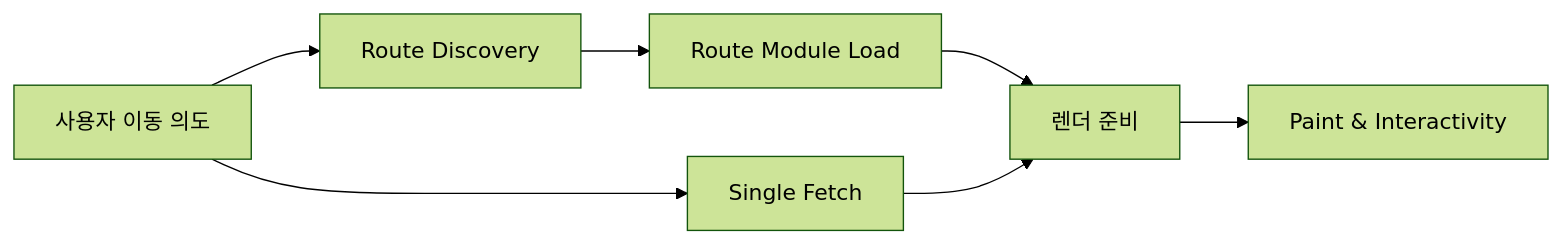
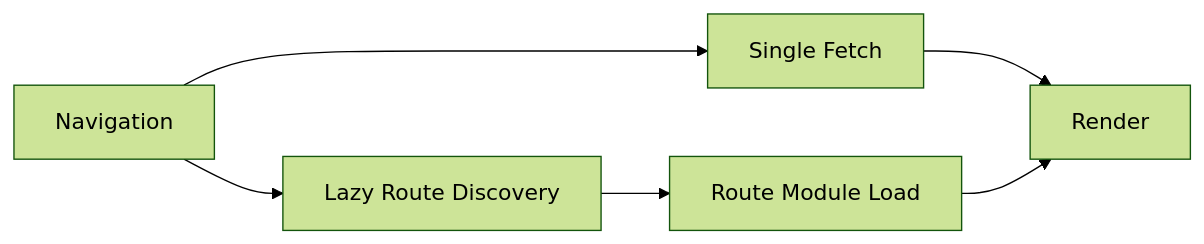
One commit to mje807/dev-blog changed the diagram in content/react/react-router-v7-rsc-04-single-fetch-splitting.md. Above: the diagram before and after it, drawn with Mermaid (forest theme). The commit also changed other lines of this file and 6 other files, not shown here.

````diff
--- a/content/react/react-router-v7-rsc-04-single-fetch-splitting.md
+++ b/content/react/react-router-v7-rsc-04-single-fetch-splitting.md
@@ -96,9 +54,8 @@
 ```mermaid
 flowchart LR
-A[사용자 이동 의도] --> B[Route Discovery]
-B --> C[Route Module Load]
-A --> D[Single Fetch]
-C --> E[렌더 준비]
-D --> E
-E --> F[Paint & Interactivity]
+  A[Navigation] --> B[Single Fetch]
+  A --> C[Lazy Route Discovery]
+  C --> D[Route Module Load]
+  B --> E[Render]
+  D --> E
 ```
````
